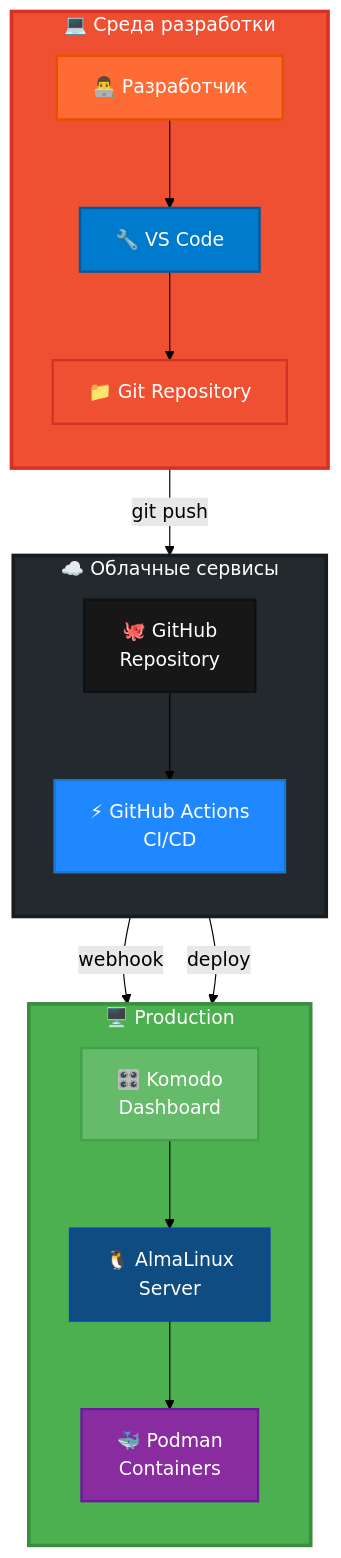
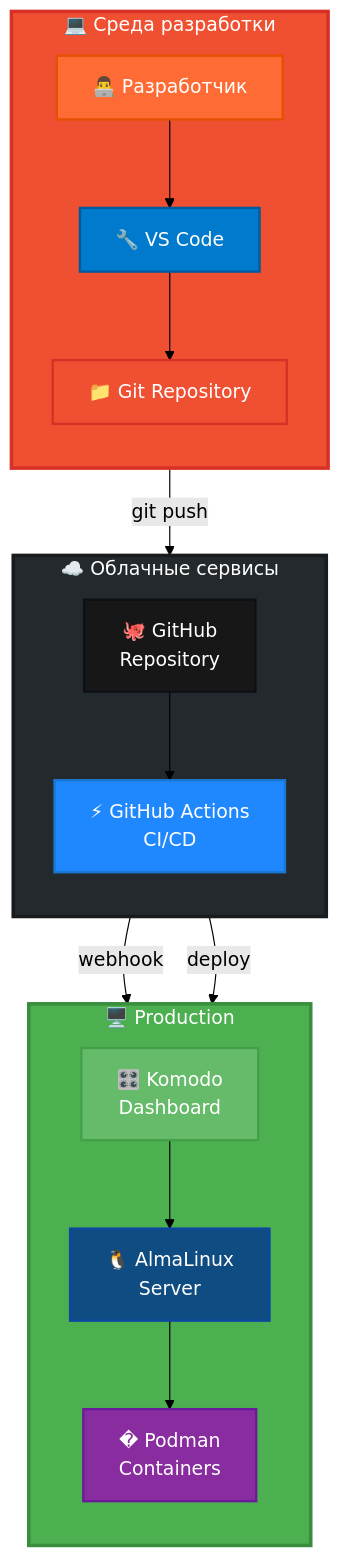
The first of 4 diagrams in docs/chapter-04-git.md (Alex-0293/TopWebStack), drawn with Mermaid (forest theme) before and after one commit. The commit also changed other lines of this file, not shown here.

````diff
--- a/docs/chapter-04-git.md
+++ b/docs/chapter-04-git.md
@@ -20,46 +20,46 @@
 ```mermaid
 graph TB
     subgraph dev_env["💻 Среда разработки"]
         direction TB
         developer["👨‍💻 Разработчик"]
         vscode["🔧 VS Code"]
         local_git["📁 Git Repository"]
         
         developer --> vscode
         vscode --> local_git
     end
     
     subgraph cloud_env["☁️ Облачные сервисы"]
         direction TB
         github["🐙 GitHub<br/>Repository"]
         actions["⚡ GitHub Actions<br/>CI/CD"]
         
         github --> actions
     end
     
     subgraph prod_env["🖥️ Production"]
         direction TB
         komodo["🎛️ Komodo<br/>Dashboard"]
         almalinux["🐧 AlmaLinux<br/>Server"]
-        podman["🐳 Podman<br/>Containers"]
+        podman["� Podman<br/>Containers"]
         
         komodo --> almalinux
         almalinux --> podman
     end
     
     local_git --> |"git push"| github
     github --> |"webhook"| komodo
     actions --> |"deploy"| komodo
     
     style dev_env fill:#F05032,stroke:#D73027,stroke-width:3px,color:#fff
     style cloud_env fill:#24292E,stroke:#181C1F,stroke-width:3px,color:#fff
     style prod_env fill:#4CAF50,stroke:#388E3C,stroke-width:3px,color:#fff
     style developer fill:#FF6B35,stroke:#E55100,stroke-width:2px,color:#fff
     style vscode fill:#007ACC,stroke:#005A9D,stroke-width:2px,color:#fff
     style local_git fill:#F05032,stroke:#D73027,stroke-width:2px,color:#fff
     style github fill:#181717,stroke:#0D1117,stroke-width:2px,color:#fff
     style actions fill:#2088FF,stroke:#1976D2,stroke-width:2px,color:#fff
     style komodo fill:#66BB6A,stroke:#43A047,stroke-width:2px,color:#fff
     style almalinux fill:#0F4C81,stroke:#0D47A1,stroke-width:2px,color:#fff
     style podman fill:#892CA0,stroke:#6A1B9A,stroke-width:2px,color:#fff
 ```
````
